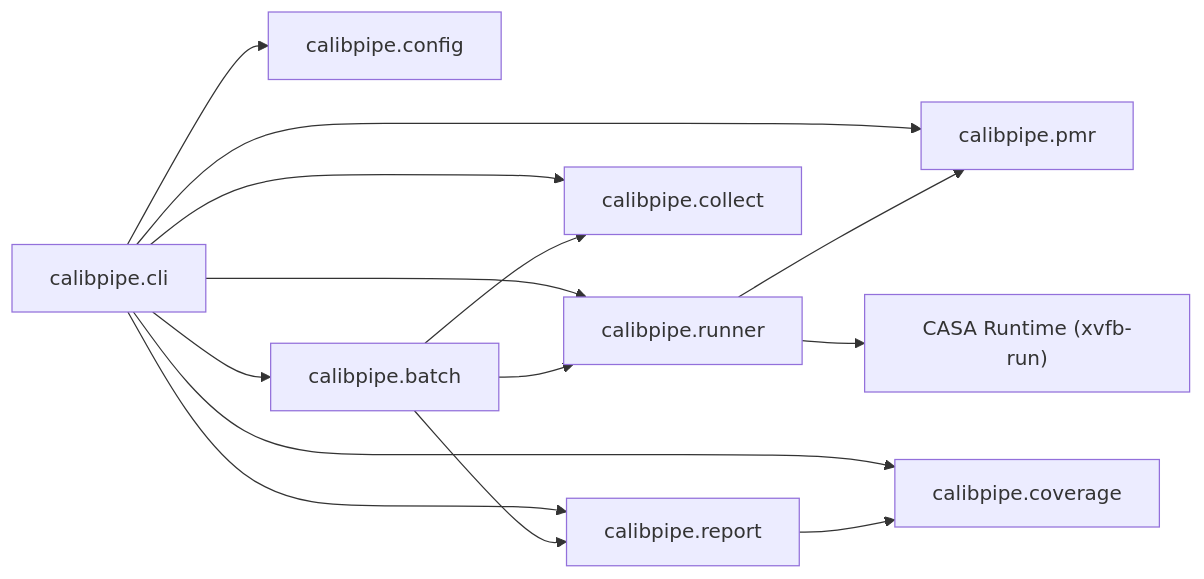
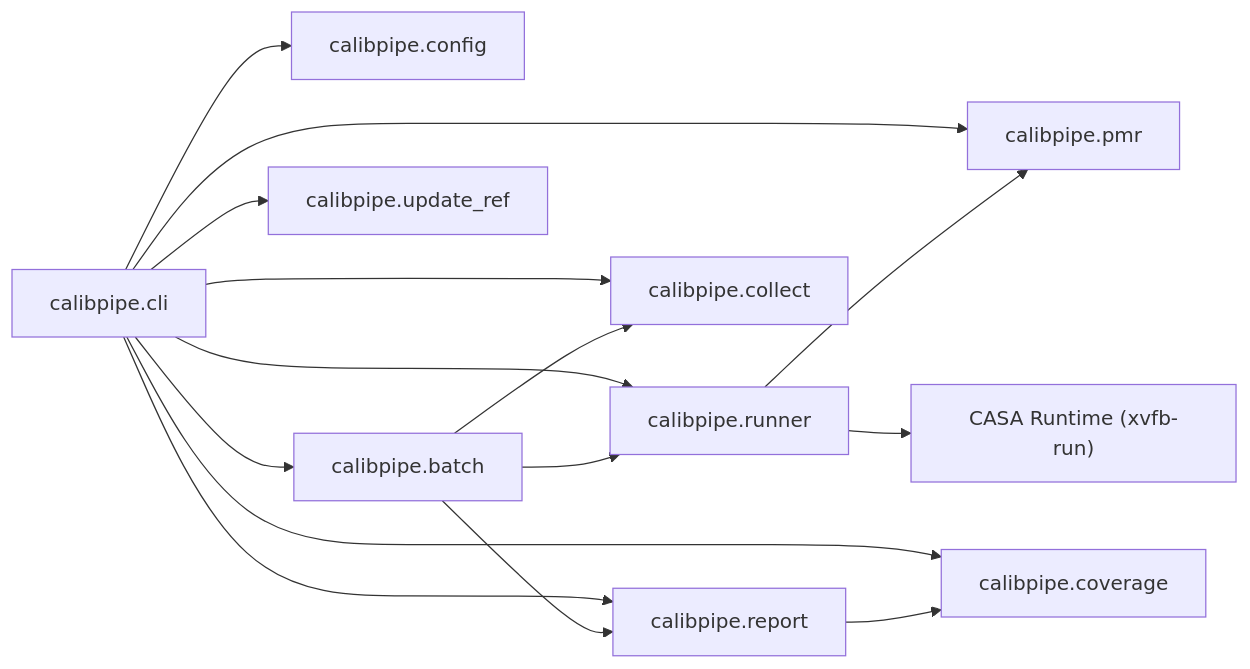
Before and after one commit to ra-pipeline/calibpipe: the diagram in docs/api/index.md, drawn with Mermaid. The commit also changed other lines of this file and 6 other files, not shown here.

First line of the commit message:
docs: document calibpipe update-ref and clean up documentation

````diff
--- a/docs/api/index.md
+++ b/docs/api/index.md
@@ -22,16 +23,17 @@
 ```mermaid
 flowchart LR
     CLI["calibpipe.cli"] --> Config["calibpipe.config"]
     CLI --> Runner["calibpipe.runner"]
     CLI --> Batch["calibpipe.batch"]
     CLI --> Collect["calibpipe.collect"]
     CLI --> Coverage["calibpipe.coverage"]
     CLI --> Report["calibpipe.report"]
+    CLI --> UpdateRef["calibpipe.update_ref"]
     CLI --> PMR["calibpipe.pmr"]
     Batch --> Collect
     Batch --> Runner
     Batch --> Report
     Report --> Coverage
     Runner --> PMR
     Runner --> CASA["CASA Runtime (xvfb-run)"]
 ```
````
